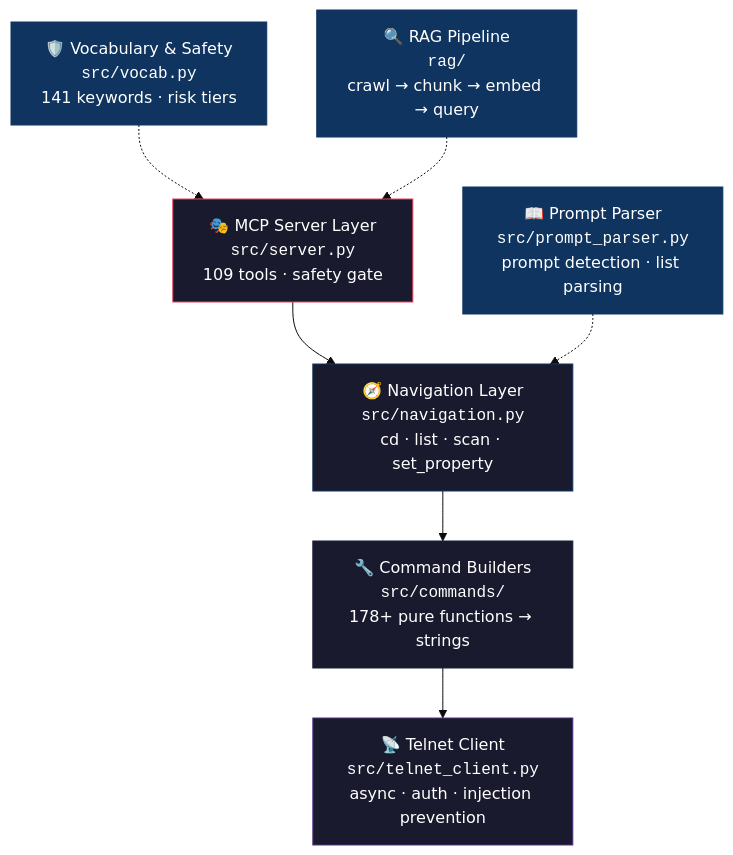
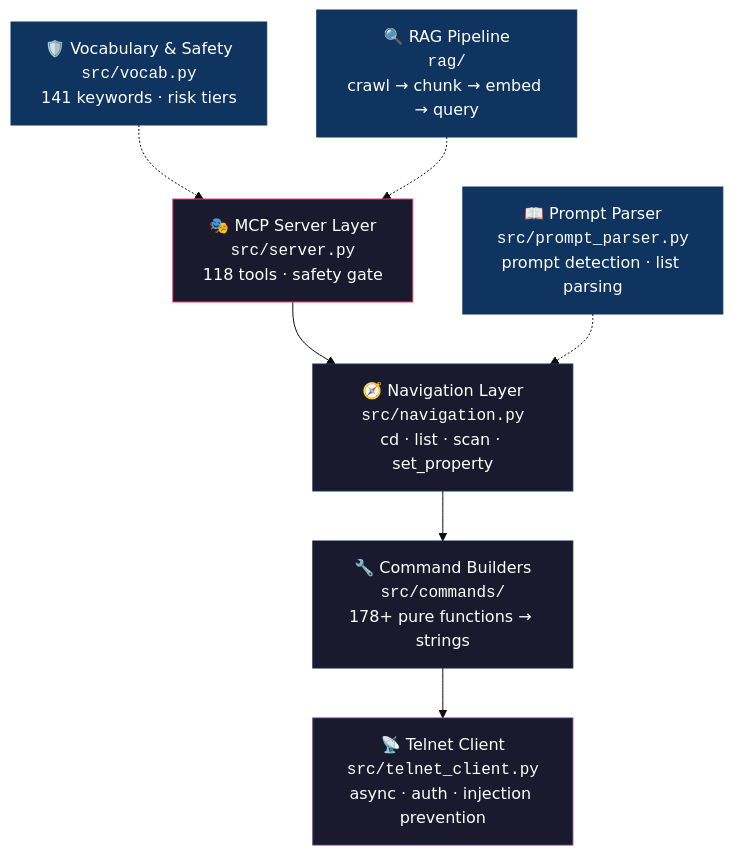
One commit to thisis-romar/ma2-onPC-MCP changed the first of 3 diagrams in README.md. Above: the diagram before and after it, drawn with Mermaid (base theme). The commit also changed other lines of this file and 14 other files, not shown here.

First line of the commit message:
feat: agentic orchestration layer — tools 110-118, MA2 rights, console state

````diff
--- a/README.md
+++ b/README.md
@@ -55,19 +55,19 @@
 ```mermaid
 graph TD
-    A["🎭 MCP Server Layer<br/><code>src/server.py</code><br/>109 tools · safety gate"] --> B
+    A["🎭 MCP Server Layer<br/><code>src/server.py</code><br/>118 tools · safety gate"] --> B
     B["🧭 Navigation Layer<br/><code>src/navigation.py</code><br/>cd · list · scan · set_property"] --> C
     C["🔧 Command Builders<br/><code>src/commands/</code><br/>178+ pure functions → strings"] --> D
     D["📡 Telnet Client<br/><code>src/telnet_client.py</code><br/>async · auth · injection prevention"]
 
     E["📖 Prompt Parser<br/><code>src/prompt_parser.py</code><br/>prompt detection · list parsing"] -.-> B
     F["🛡️ Vocabulary & Safety<br/><code>src/vocab.py</code><br/>141 keywords · risk tiers"] -.-> A
     G["🔍 RAG Pipeline<br/><code>rag/</code><br/>crawl → chunk → embed → query"] -.-> A
 
     style A fill:#1a1a2e,stroke:#e94560,color:#fff
     style B fill:#1a1a2e,stroke:#0f3460,color:#fff
     style C fill:#1a1a2e,stroke:#16213e,color:#fff
     style D fill:#1a1a2e,stroke:#533483,color:#fff
     style E fill:#0f3460,stroke:#0f3460,color:#fff
     style F fill:#0f3460,stroke:#0f3460,color:#fff
     style G fill:#0f3460,stroke:#0f3460,color:#fff
 ```
````
